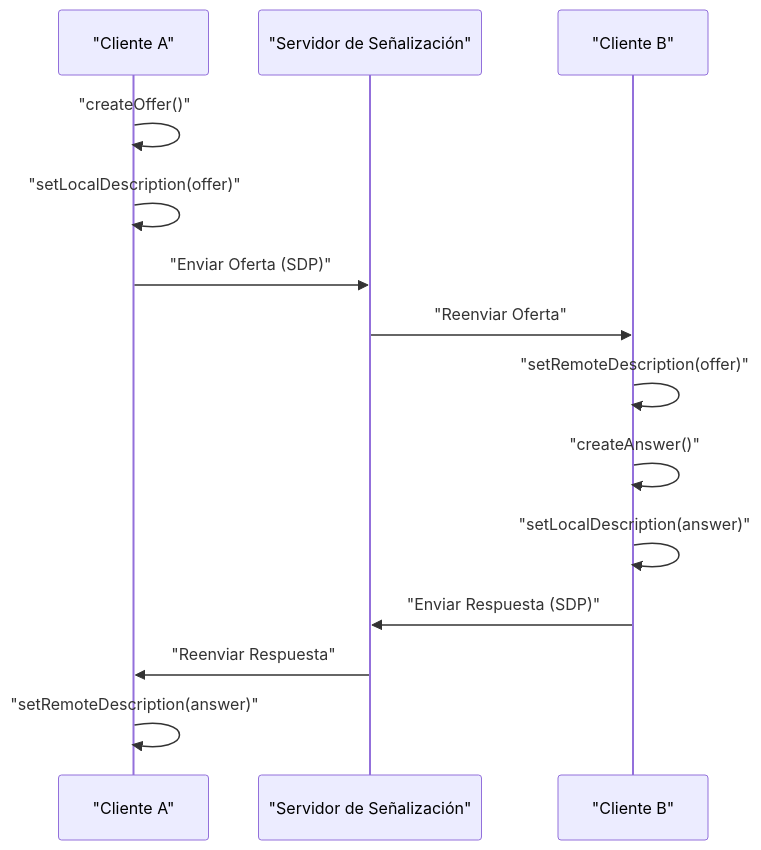
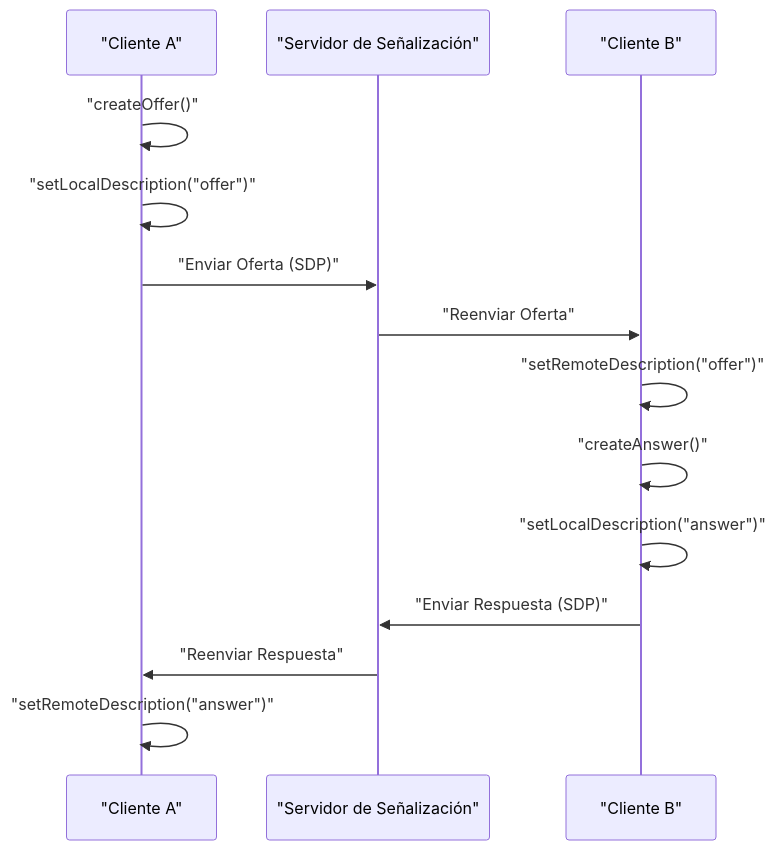
One commit to kenjinote/blog changed the second of 4 diagrams in content/post/webrtc-realtime-communication-p2p/index.es.md. Above: the diagram before and after it, drawn with Mermaid. The commit also changed 929 other files, not shown here.

Commit message:
fix: Add double quotes to all Mermaid node texts to resolve syntax errors

````diff
--- a/content/post/webrtc-realtime-communication-p2p/index.es.md
+++ b/content/post/webrtc-realtime-communication-p2p/index.es.md
@@ -83,17 +83,17 @@
 ```mermaid
 sequenceDiagram
     participant PeerA as "Cliente A"
     participant Sig as "Servidor de Señalización"
     participant PeerB as "Cliente B"
 
     PeerA->>PeerA: "createOffer()"
-    PeerA->>PeerA: "setLocalDescription(offer)"
+    PeerA->>PeerA: "setLocalDescription("offer")"
     PeerA->>Sig: "Enviar Oferta (SDP)"
     Sig->>PeerB: "Reenviar Oferta"
-    PeerB->>PeerB: "setRemoteDescription(offer)"
+    PeerB->>PeerB: "setRemoteDescription("offer")"
     PeerB->>PeerB: "createAnswer()"
-    PeerB->>PeerB: "setLocalDescription(answer)"
+    PeerB->>PeerB: "setLocalDescription("answer")"
     PeerB->>Sig: "Enviar Respuesta (SDP)"
     Sig->>PeerA: "Reenviar Respuesta"
-    PeerA->>PeerA: "setRemoteDescription(answer)"
+    PeerA->>PeerA: "setRemoteDescription("answer")"
 ```
````
